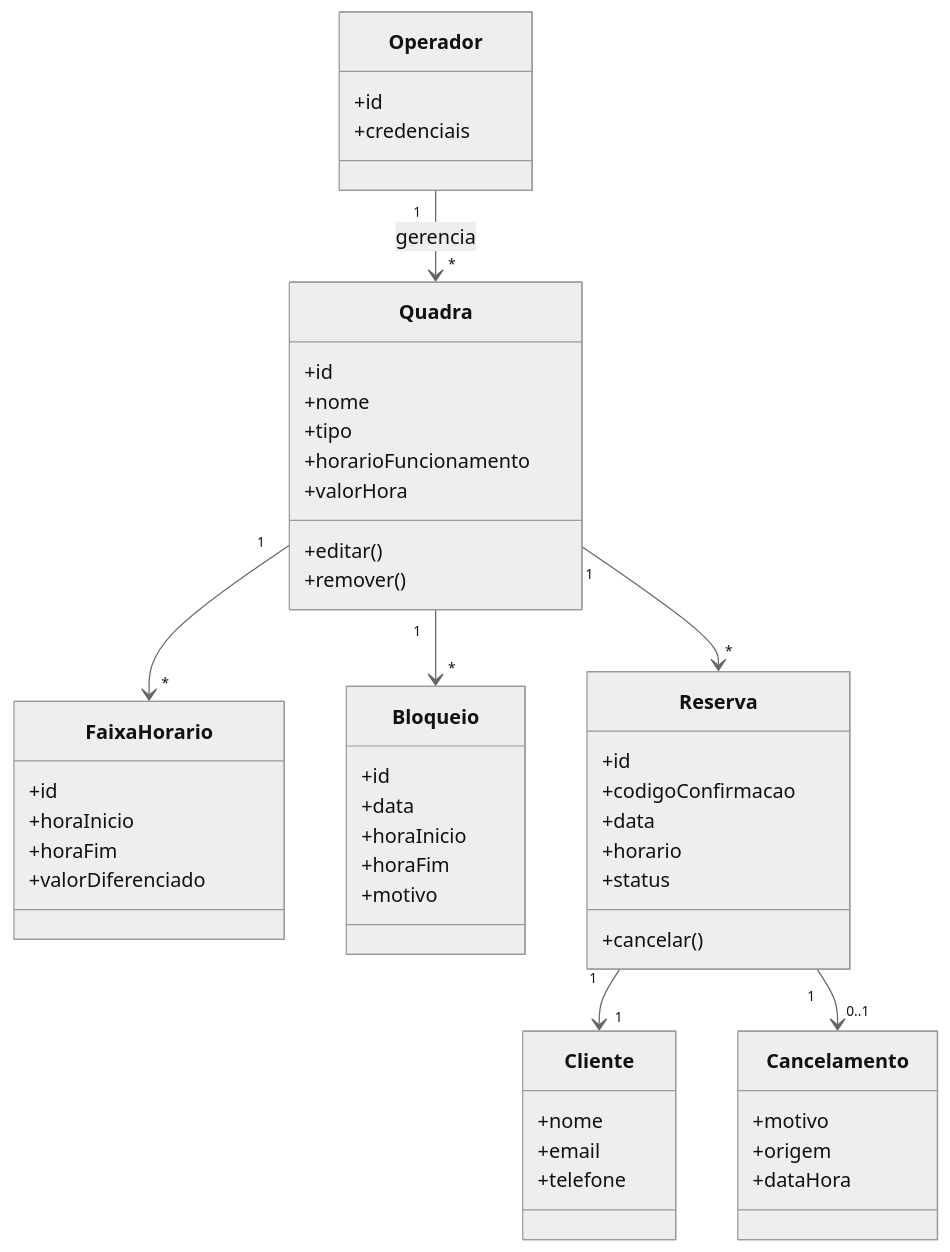
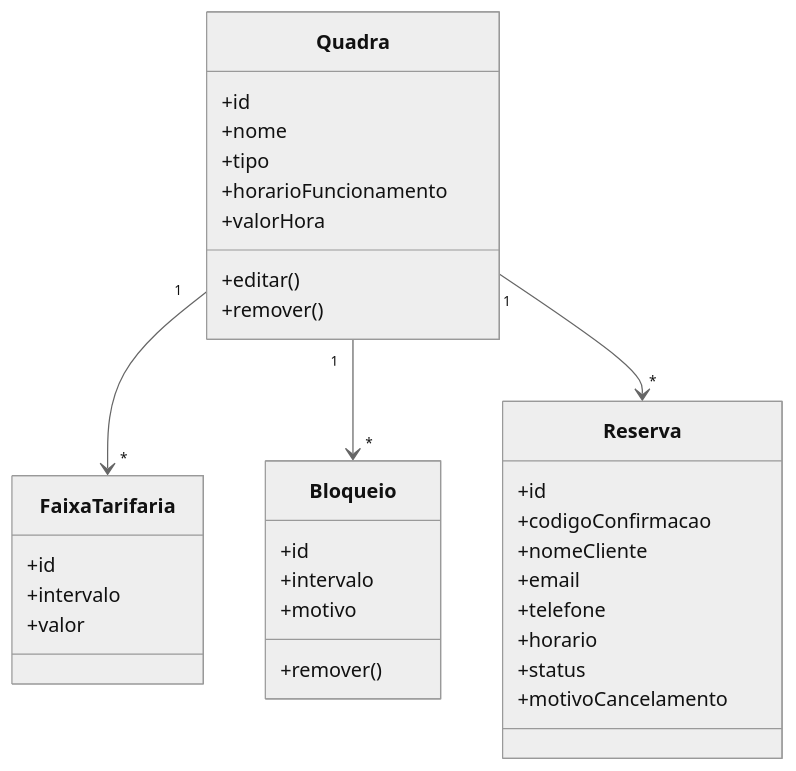
Before and after one commit to PDC-ESIA/AI4ES: the fourth of 4 diagrams in docs/Time_2_Design/analise-qualitativa/outputs/relatorio_claude_opus_4_8_P05.md, drawn with Mermaid (neutral theme). The commit also changed other lines of this file and 107 other files, not shown here.

````diff
--- a/docs/Time_2_Design/analise-qualitativa/outputs/relatorio_claude_opus_4_8_P05.md
+++ b/docs/Time_2_Design/analise-qualitativa/outputs/relatorio_claude_opus_4_8_P05.md
@@ -129,54 +139,36 @@
 ```mermaid
 classDiagram
     class Quadra {
         +id
         +nome
         +tipo
         +horarioFuncionamento
         +valorHora
         +editar()
         +remover()
     }
-    class FaixaHorario {
+    class FaixaTarifaria {
         +id
-        +horaInicio
-        +horaFim
-        +valorDiferenciado
+        +intervalo
+        +valor
     }
     class Bloqueio {
         +id
-        +data
-        +horaInicio
-        +horaFim
+        +intervalo
         +motivo
+        +remover()
     }
     class Reserva {
         +id
         +codigoConfirmacao
-        +data
+        +nomeCliente
+        +email
+        +telefone
         +horario
         +status
-        +cancelar()
+        +motivoCancelamento
     }
-    class Cliente {
-        +nome
-        +email
-        +telefone
-    }
-    class Cancelamento {
-        +motivo
-        +origem
-        +dataHora
-    }
-    class Operador {
-        +id
-        +credenciais
-    }
-
-    Quadra "1" --> "*" FaixaHorario
+    Quadra "1" --> "*" FaixaTarifaria
     Quadra "1" --> "*" Bloqueio
     Quadra "1" --> "*" Reserva
-    Reserva "1" --> "1" Cliente
-    Reserva "1" --> "0..1" Cancelamento
-    Operador "1" --> "*" Quadra : gerencia
 ```
````
